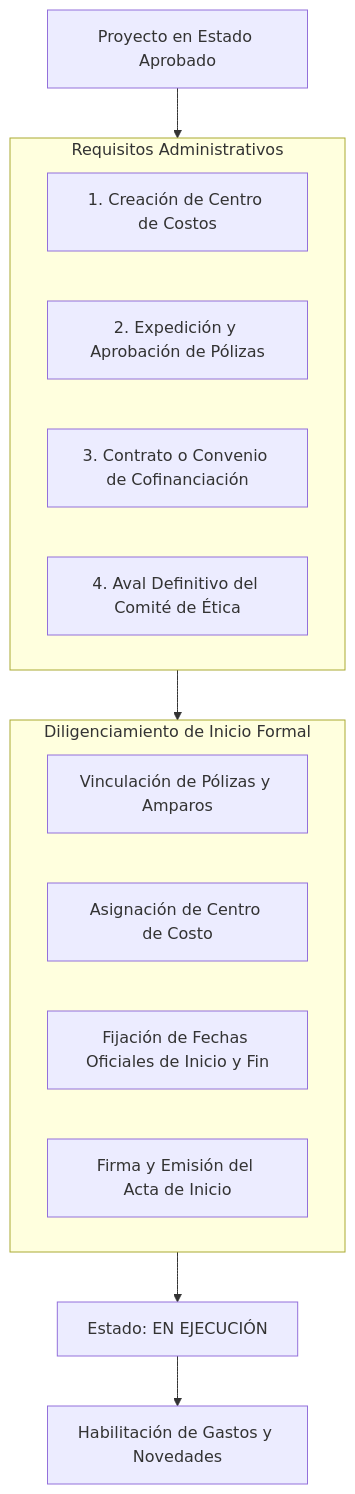
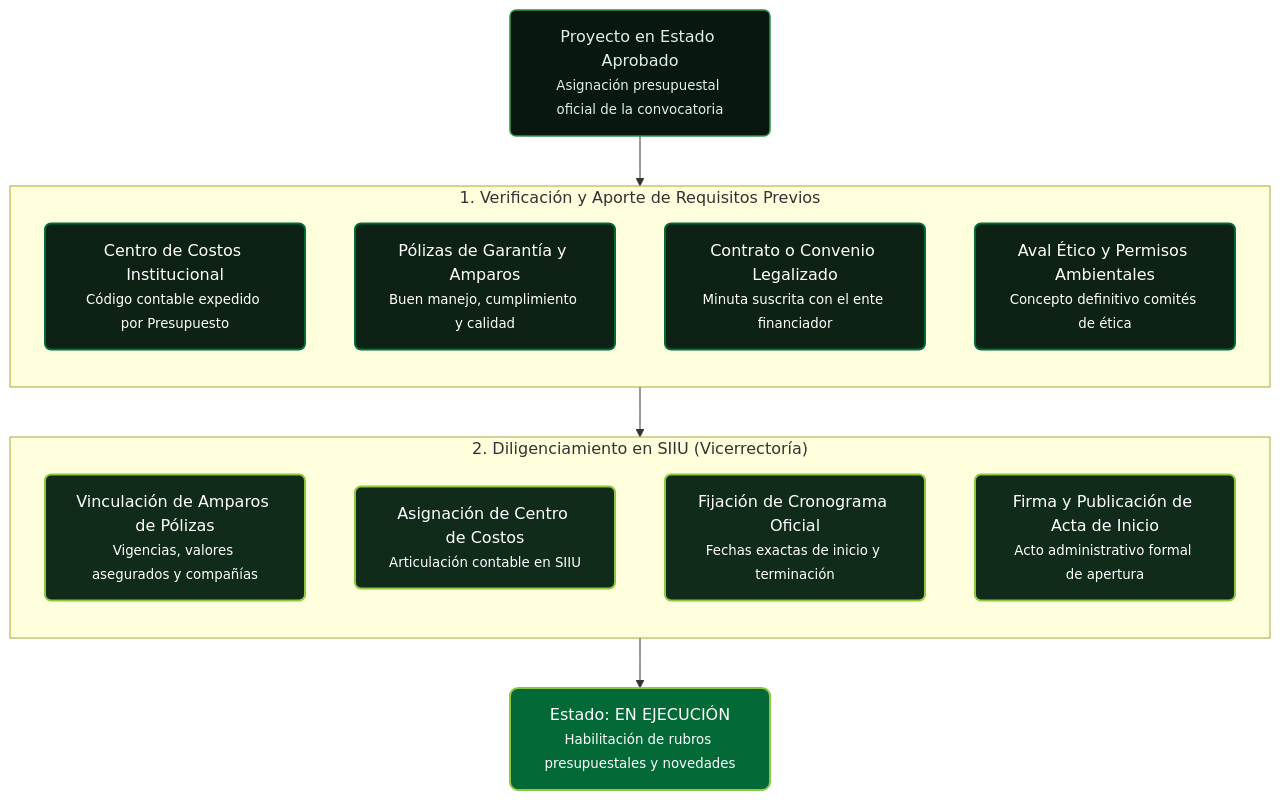
One commit to Colors-svg/Wiki changed the diagram in docs/02_PROCESOS_CLAVE/Inicio_Formal.md. Above: the diagram before and after it, drawn with Mermaid. The commit also changed 79 other files, not shown here.

Commit message:
style: aplicar paleta institucional UdeA, animacion surrounding glow y diagramas modulares

````diff
--- a/docs/02_PROCESOS_CLAVE/Inicio_Formal.md
+++ b/docs/02_PROCESOS_CLAVE/Inicio_Formal.md
@@ -5,23 +5,29 @@
 ```mermaid
 flowchart TD
-    APROB["Proyecto en Estado Aprobado"] --> REQ["Verificación de Requisitos Previos"]
-    
-    subgraph REQ["Requisitos Administrativos"]
-        R1["1. Creación de Centro de Costos"]
-        R2["2. Expedición y Aprobación de Pólizas"]
-        R3["3. Contrato o Convenio de Cofinanciación"]
-        R4["4. Aval Definitivo del Comité de Ética"]
+    classDef aprobado fill:#081810,stroke:#35944B,stroke-width:1.5px,color:#E1EFE6,rx:6px,ry:6px;
+    classDef req fill:#0D2115,stroke:#026937,stroke-width:2px,color:#FFFFFF,rx:6px,ry:6px;
+    classDef reg fill:#112B1B,stroke:#8DC63F,stroke-width:2px,color:#FFFFFF,rx:6px,ry:6px;
+    classDef ejec fill:#026937,stroke:#8DC63F,stroke-width:2px,color:#FFFFFF,rx:8px,ry:8px;
+
+    APROB["Proyecto en Estado Aprobado<br><small>Asignación presupuestal oficial de la convocatoria</small>"]:::aprobado --> REQ
+
+    subgraph REQ ["1. Verificación y Aporte de Requisitos Previos"]
+        direction TB
+        R1["Centro de Costos Institucional<br><small>Código contable expedido por Presupuesto</small>"]:::req
+        R2["Pólizas de Garantía y Amparos<br><small>Buen manejo, cumplimiento y calidad</small>"]:::req
+        R3["Contrato o Convenio Legalizado<br><small>Minuta suscrita con el ente financiador</small>"]:::req
+        R4["Aval Ético y Permisos Ambientales<br><small>Concepto definitivo comités de ética</small>"]:::req
     end
 
-    REQ --> REG_SIIU["Registro en SIIU por Vicerrectoría<br><i>(VI-GU-15)</i>"]
-    
-    subgraph REG_SIIU["Diligenciamiento de Inicio Formal"]
-        S1["Vinculación de Pólizas y Amparos"]
-        S2["Asignación de Centro de Costo"]
-        S3["Fijación de Fechas Oficiales de Inicio y Fin"]
-        S4["Firma y Emisión del Acta de Inicio"]
+    REQ --> REG_SIIU
+
+    subgraph REG_SIIU ["2. Diligenciamiento en SIIU (Vicerrectoría)"]
+        direction TB
+        S1["Vinculación de Amparos de Pólizas<br><small>Vigencias, valores asegurados y compañías</small>"]:::reg
+        S2["Asignación de Centro de Costos<br><small>Articulación contable en SIIU</small>"]:::reg
+        S3["Fijación de Cronograma Oficial<br><small>Fechas exactas de inicio y terminación</small>"]:::reg
+        S4["Firma y Publicación de Acta de Inicio<br><small>Acto administrativo formal de apertura</small>"]:::reg
     end
 
-    REG_SIIU --> EJEC["Estado: EN EJECUCIÓN"]
-    EJEC --> GASTO["Habilitación de Gastos y Novedades"]
+    REG_SIIU --> EJEC["Estado: EN EJECUCIÓN<br><small>Habilitación de rubros presupuestales y novedades</small>"]:::ejec
 ```
````
